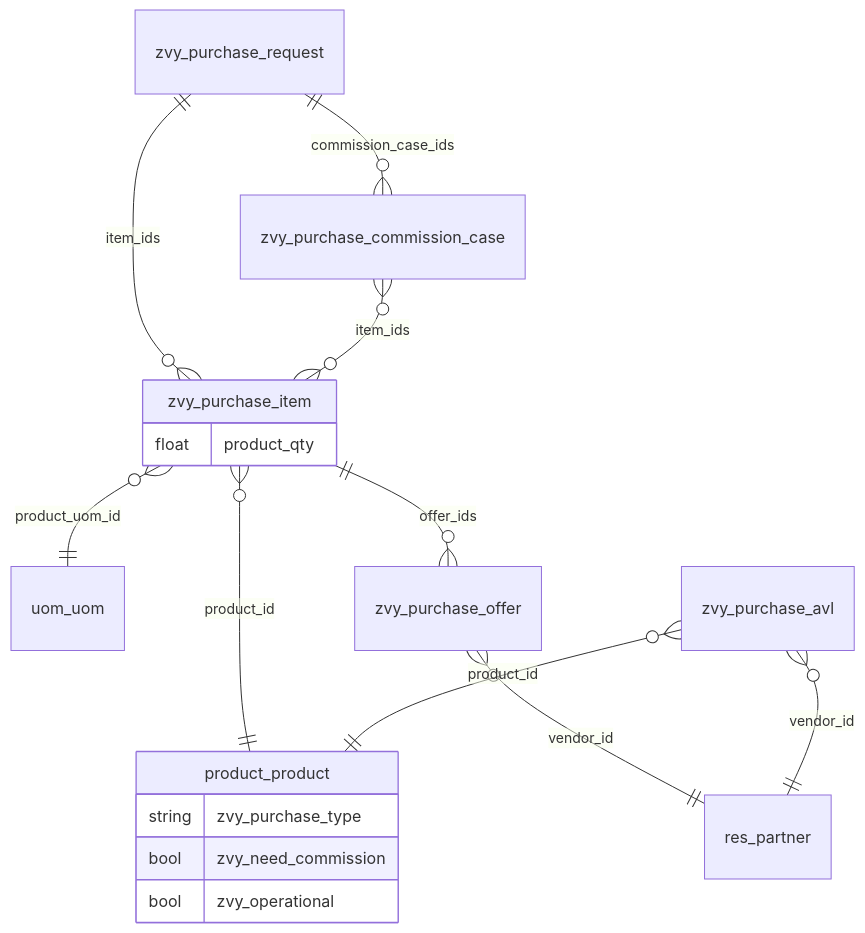
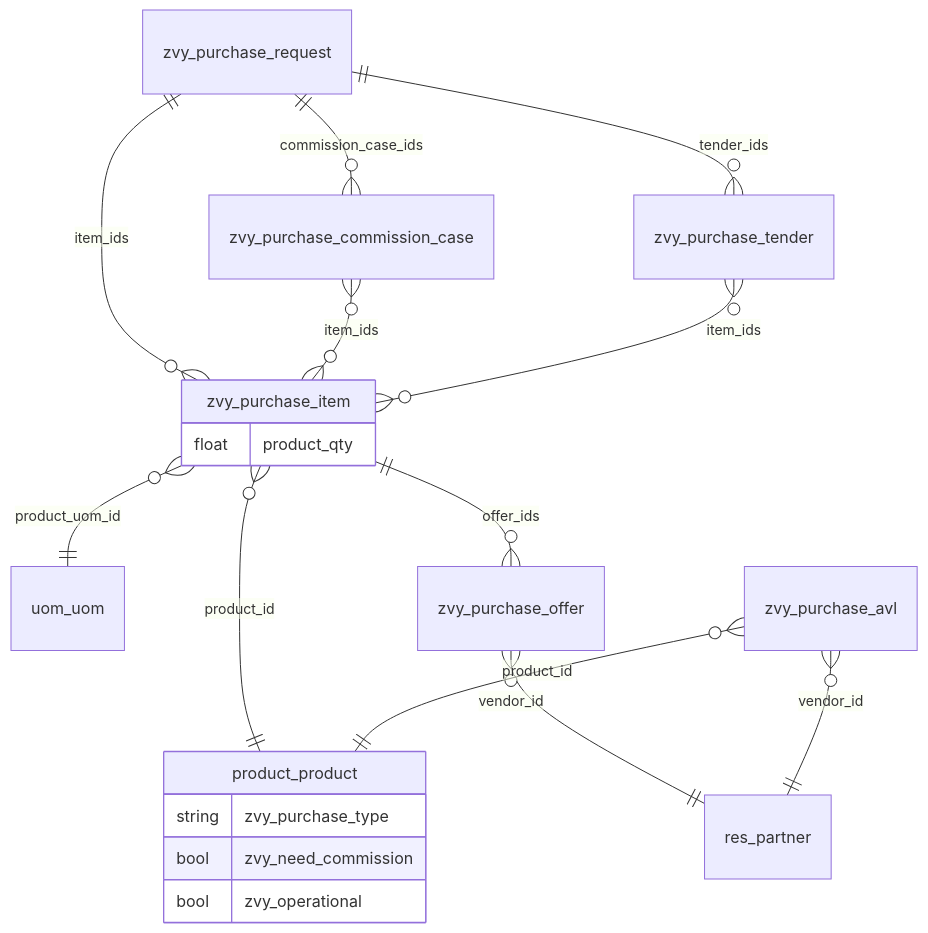
Before and after one commit to MohamadAzarifar/odoo-18-mammut: the diagram in odoo/addons/zvy_purchase/Architecture.md, drawn with Mermaid. The commit also changed other lines of this file and 11 other files, not shown here.

First line of the commit message:
Add Tender records from purchase requests with creator read access.

````diff
--- a/odoo/addons/zvy_purchase/Architecture.md
+++ b/odoo/addons/zvy_purchase/Architecture.md
@@ -51,20 +52,22 @@
 ```mermaid
 erDiagram
     zvy_purchase_request ||--o{ zvy_purchase_item : item_ids
     zvy_purchase_request ||--o{ zvy_purchase_commission_case : commission_case_ids
+    zvy_purchase_request ||--o{ zvy_purchase_tender : tender_ids
     zvy_purchase_commission_case }o--o{ zvy_purchase_item : item_ids
+    zvy_purchase_tender }o--o{ zvy_purchase_item : item_ids
     zvy_purchase_item }o--|| product_product : product_id
     zvy_purchase_item }o--|| uom_uom : product_uom_id
     zvy_purchase_item ||--o{ zvy_purchase_offer : offer_ids
     zvy_purchase_offer }o--|| res_partner : vendor_id
     zvy_purchase_avl }o--|| res_partner : vendor_id
     zvy_purchase_avl }o--|| product_product : product_id
     product_product {
         string zvy_purchase_type
         bool zvy_need_commission
         bool zvy_operational
     }
     zvy_purchase_item {
         float product_qty
     }
 ```
````
